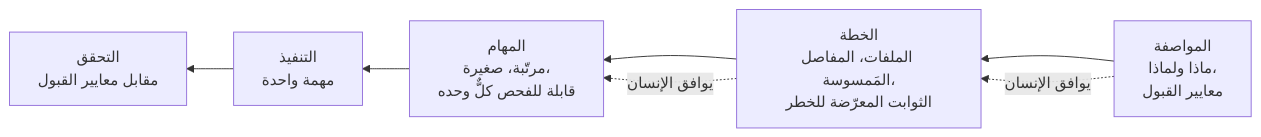
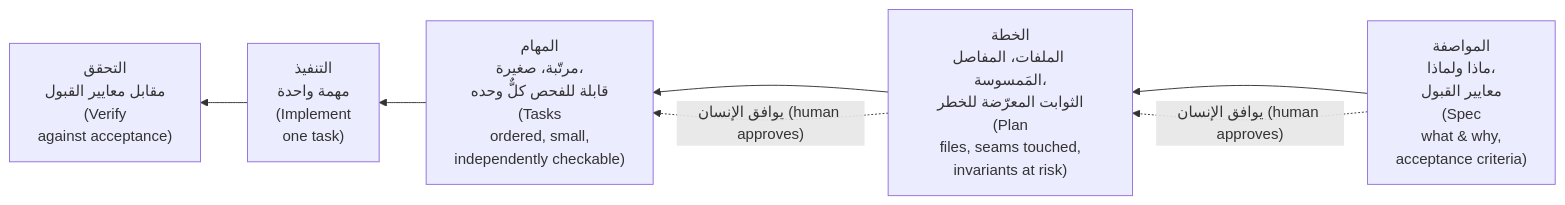
One commit to Tamoura/system-design-for-vibe-coders changed the first of 8 diagrams in modules/09-directing-ai-team/module.ar.md. Above: the diagram before and after it, drawn with Mermaid. The commit also changed other lines of this file and 62 other files, not shown here.

First line of the commit message:
Arabic editions: English on every diagram label, RTL fixes, rebuild

````diff
--- a/modules/09-directing-ai-team/module.ar.md
+++ b/modules/09-directing-ai-team/module.ar.md
@@ -42,9 +42,9 @@
 ```mermaid
 flowchart RL
-    S["المواصفة<br/>ماذا ولماذا،<br/>معايير القبول"] --> P["الخطة<br/>الملفات، المفاصل المَمسوسة،<br/>الثوابت المعرّضة للخطر"]
-    P --> T["المهام<br/>مرتّبة، صغيرة،<br/>قابلة للفحص كلٌّ وحده"]
-    T --> I["التنفيذ<br/>مهمة واحدة"]
-    I --> V["التحقق<br/>مقابل معايير القبول"]
-    S -.يوافق الإنسان.-> P
-    P -.يوافق الإنسان.-> T
+    S["المواصفة<br/>ماذا ولماذا،<br/>معايير القبول<br/>(Spec<br/>what & why,<br/>acceptance criteria)"] --> P["الخطة<br/>الملفات، المفاصل المَمسوسة،<br/>الثوابت المعرّضة للخطر<br/>(Plan<br/>files, seams touched,<br/>invariants at risk)"]
+    P --> T["المهام<br/>مرتّبة، صغيرة،<br/>قابلة للفحص كلٌّ وحده<br/>(Tasks<br/>ordered, small,<br/>independently checkable)"]
+    T --> I["التنفيذ<br/>مهمة واحدة<br/>(Implement<br/>one task)"]
+    I --> V["التحقق<br/>مقابل معايير القبول<br/>(Verify<br/>against acceptance)"]
+    S -.->|"يوافق الإنسان (human approves)"| P
+    P -.->|"يوافق الإنسان (human approves)"| T
 ```
````
